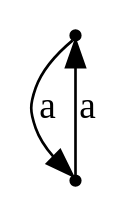
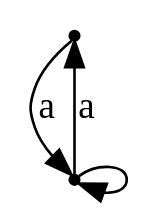
One commit to jangreen/rat changed the diagram in output/counterexample.dot. Above: the diagram before and after it, drawn with Graphviz. The commit also changed 20 other files, not shown here.

```diff
--- a/output/counterexample.dot
+++ b/output/counterexample.dot
@@ -1,4 +1,5 @@
 digraph { node[shape="point"]
 N3 -> N0[label = "a"];
 N0 -> N3[label = "a"];
+N0 -> N0[label = ""];
 }
```
